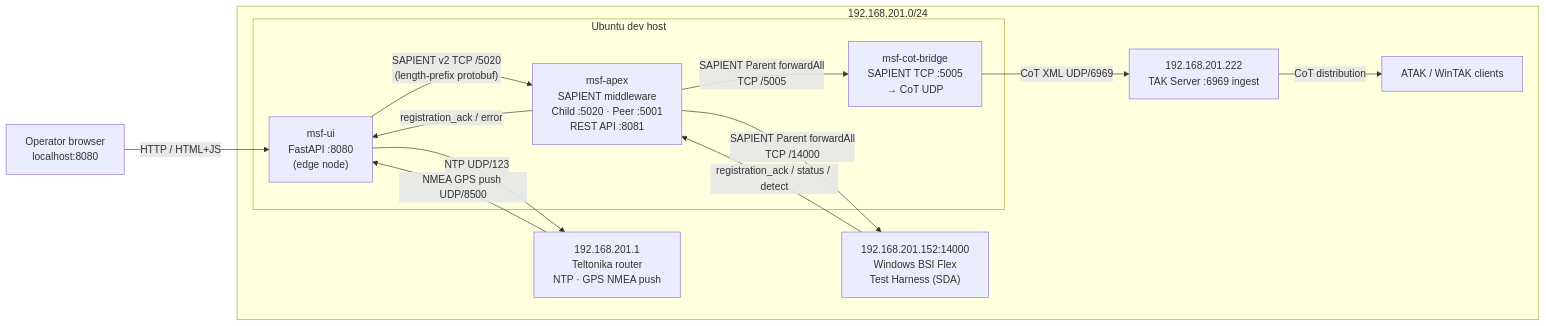
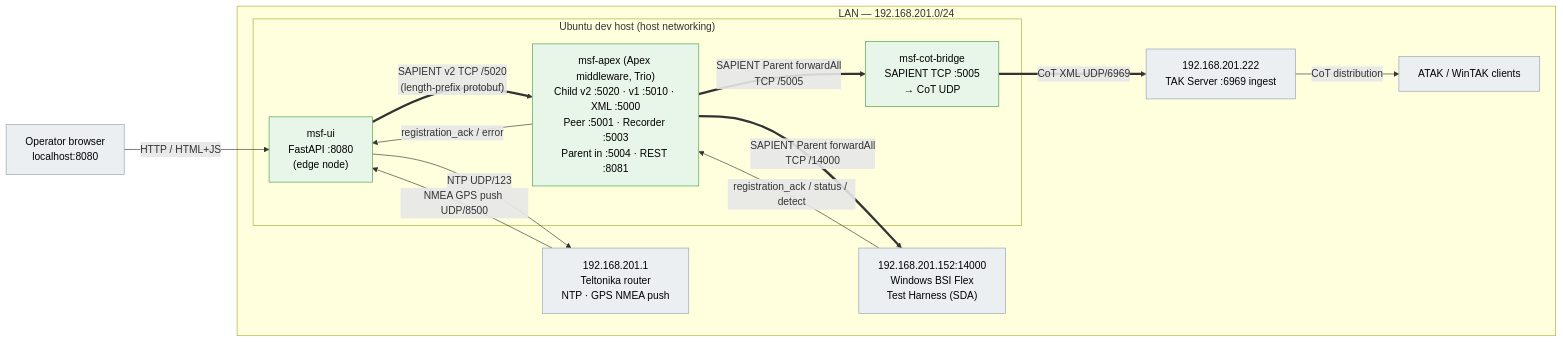
The first of 12 diagrams in Architecture.md (vinayakkankanwadi/multi-sensor-fusion), drawn with Mermaid before and after one commit. The commit also changed other lines of this file, not shown here.

Commit message:
use apex for routing

````diff
--- a/Architecture.md
+++ b/Architecture.md
@@ -49,30 +54,35 @@
 ```mermaid
 flowchart LR
-    subgraph LAN["192.168.201.0/24"]
-        subgraph host["Ubuntu dev host"]
+    subgraph LAN["LAN — 192.168.201.0/24"]
+        subgraph host["Ubuntu dev host (host networking)"]
             UI["msf-ui<br/>FastAPI :8080<br/>(edge node)"]
-            Apex["msf-apex<br/>SAPIENT middleware<br/>Child :5020 · Peer :5001<br/>REST API :8081"]
+            Apex["msf-apex (Apex middleware, Trio)<br/>Child v2 :5020 · v1 :5010 · XML :5000<br/>Peer :5001 · Recorder :5003<br/>Parent in :5004 · REST :8081"]
             CoT["msf-cot-bridge<br/>SAPIENT TCP :5005<br/>→ CoT UDP"]
         end
         Router["192.168.201.1<br/>Teltonika router<br/>NTP · GPS NMEA push"]
         Win["192.168.201.152:14000<br/>Windows BSI Flex<br/>Test Harness (SDA)"]
         TAK["192.168.201.222<br/>TAK Server :6969 ingest"]
         ATAK["ATAK / WinTAK clients"]
     end
     Browser["Operator browser<br/>localhost:8080"]
 
     Browser -- "HTTP / HTML+JS" --> UI
 
     UI -- "NTP UDP/123" --> Router
     Router -- "NMEA GPS push UDP/8500" --> UI
 
-    UI -- "SAPIENT v2 TCP /5020<br/>(length-prefix protobuf)" --> Apex
+    UI == "SAPIENT v2 TCP /5020<br/>(length-prefix protobuf)" ==> Apex
     Apex -- "registration_ack / error" --> UI
 
-    Apex -- "SAPIENT Parent forwardAll<br/>TCP /14000" --> Win
+    Apex == "SAPIENT Parent forwardAll<br/>TCP /14000" ==> Win
     Win -- "registration_ack / status / detect" --> Apex
-    Apex -- "SAPIENT Parent forwardAll<br/>TCP /5005" --> CoT
+    Apex == "SAPIENT Parent forwardAll<br/>TCP /5005" ==> CoT
 
-    CoT -- "CoT XML UDP/6969" --> TAK
+    CoT == "CoT XML UDP/6969" ==> TAK
     TAK -- "CoT distribution" --> ATAK
+
+    classDef live fill:#e8f5e9,stroke:#43a047,color:#000;
+    classDef ext  fill:#eceff1,stroke:#90a4ae,color:#000;
+    class UI,Apex,CoT live;
+    class Router,Win,TAK,ATAK,Browser ext;
 ```
````
